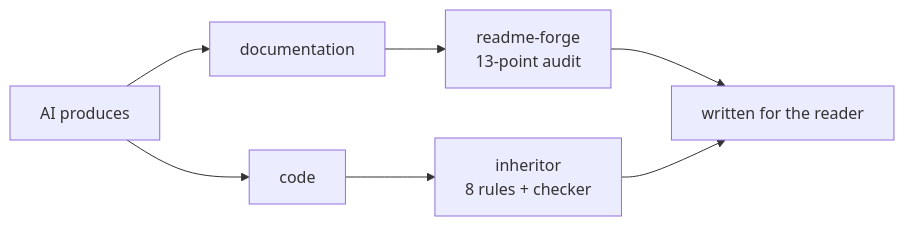
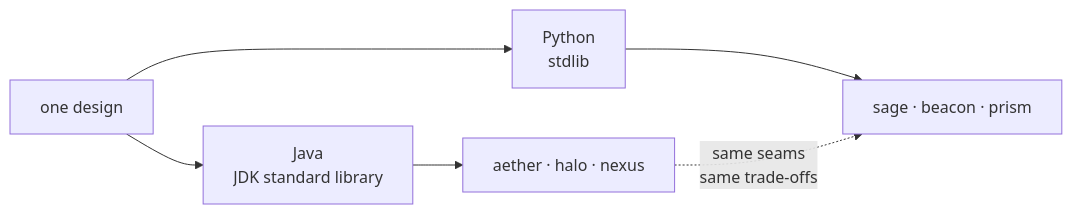
Before and after one commit to WsNodeX/WsNodeX: the diagram in README.md, drawn with Mermaid. The commit also changed other lines of this file, not shown here.

````diff
--- a/README.md
+++ b/README.md
@@ -19,9 +25,8 @@
 ```mermaid
 graph LR
-  A[AI produces] --> B[documentation]
-  A --> C[code]
-  B --> D[readme-forge<br/>13-point audit]
-  C --> E[inheritor<br/>8 rules + checker]
-  D --> F[written for the reader]
-  E --> F
+  D[one design] --> J[Java<br/>JDK standard library]
+  D --> P[Python<br/>stdlib]
+  J --> A[aether · halo · nexus]
+  P --> S[sage · beacon · prism]
+  A -.->|same seams<br/>same trade-offs| S
 ```
````
